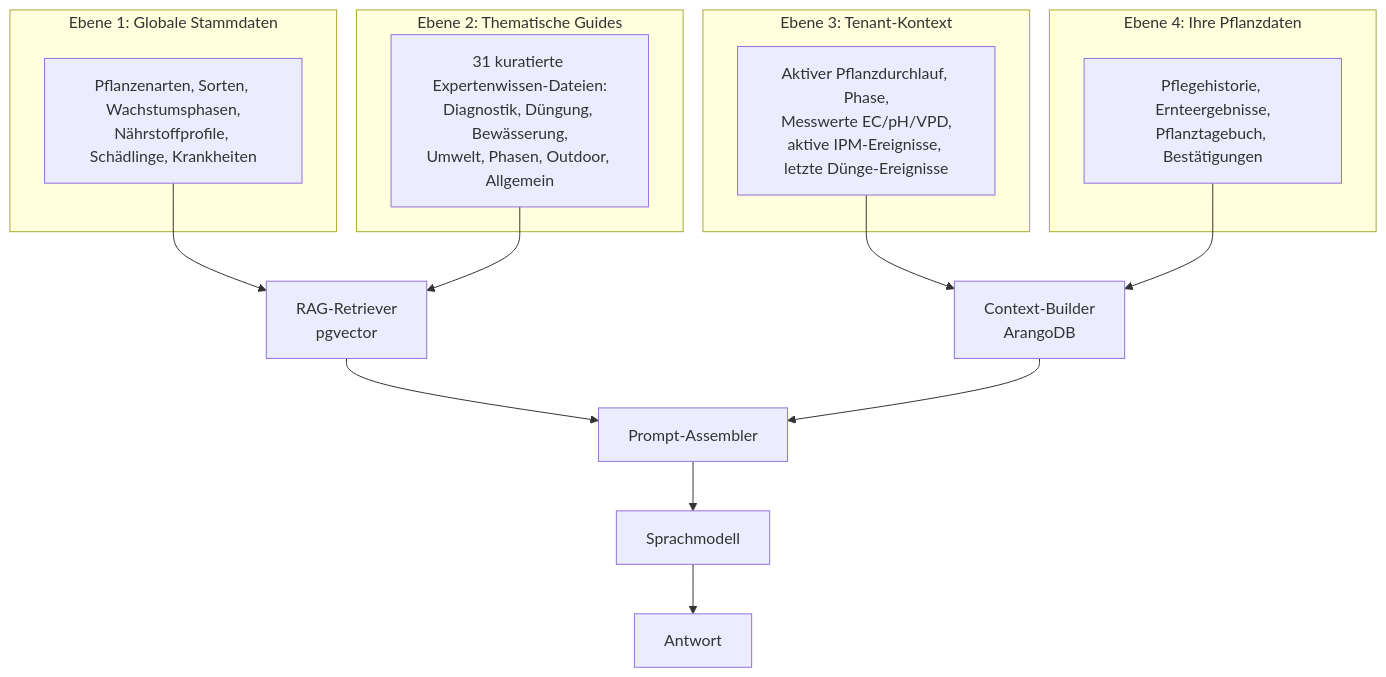
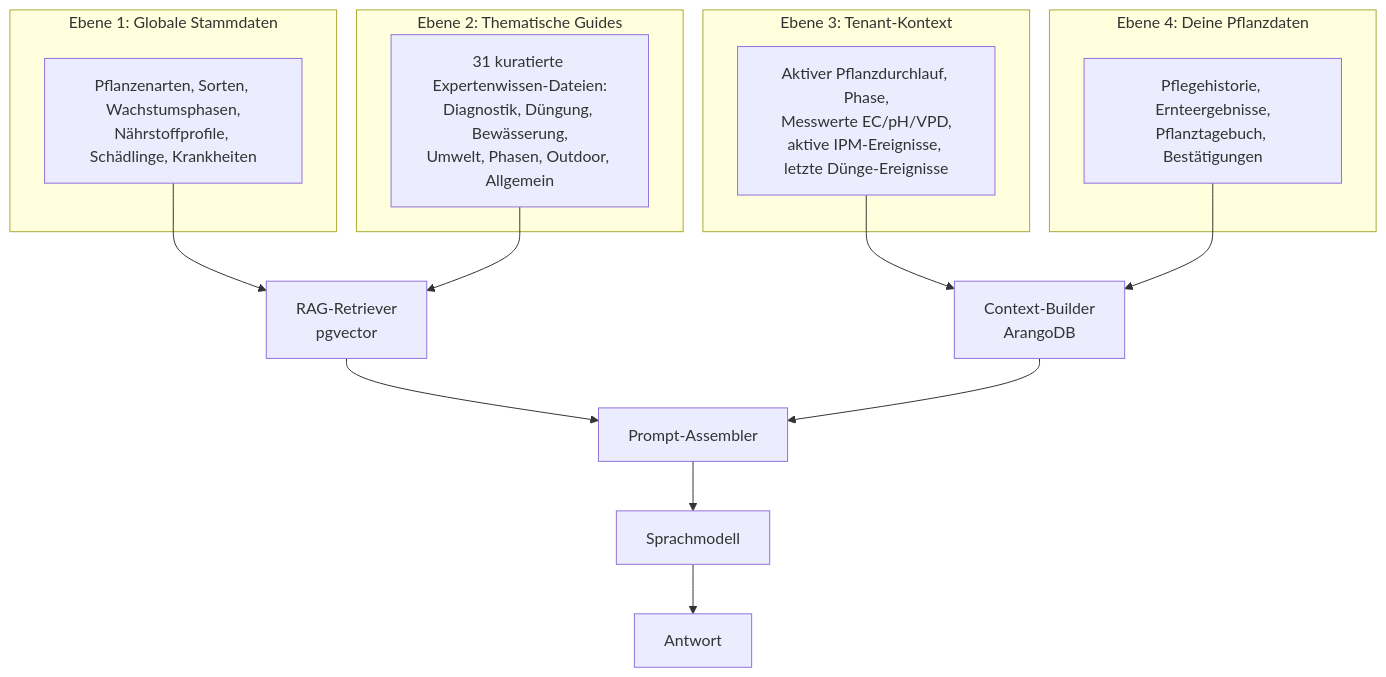
Before and after one commit to nolte/kamerplanter: the diagram in docs/de/guides/rag-knowledge-base.md, drawn with Mermaid. The commit also changed other lines of this file and 77 other files, not shown here.

````diff
--- a/docs/de/guides/rag-knowledge-base.md
+++ b/docs/de/guides/rag-knowledge-base.md
@@ -25,28 +25,28 @@
 ```mermaid
 graph TB
     subgraph "Ebene 1: Globale Stammdaten"
         E1[Pflanzenarten, Sorten, Wachstumsphasen,<br/>Nährstoffprofile, Schädlinge, Krankheiten]
     end
 
     subgraph "Ebene 2: Thematische Guides"
         E2[31 kuratierte Expertenwissen-Dateien:<br/>Diagnostik, Düngung, Bewässerung,<br/>Umwelt, Phasen, Outdoor, Allgemein]
     end
 
     subgraph "Ebene 3: Tenant-Kontext"
         E3[Aktiver Pflanzdurchlauf, Phase,<br/>Messwerte EC/pH/VPD,<br/>aktive IPM-Ereignisse, letzte Dünge-Ereignisse]
     end
 
-    subgraph "Ebene 4: Ihre Pflanzdaten"
+    subgraph "Ebene 4: Deine Pflanzdaten"
         E4[Pflegehistorie, Ernteergebnisse,<br/>Pflanztagebuch, Bestätigungen]
     end
 
     E1 --> RAG[RAG-Retriever<br/>pgvector]
     E2 --> RAG
     E3 --> CB[Context-Builder<br/>ArangoDB]
     E4 --> CB
 
     RAG --> PA[Prompt-Assembler]
     CB --> PA
     PA --> LLM[Sprachmodell]
     LLM --> Antwort
 ```
````
